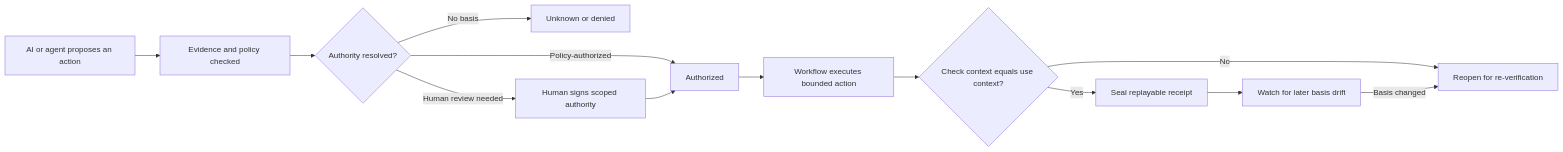
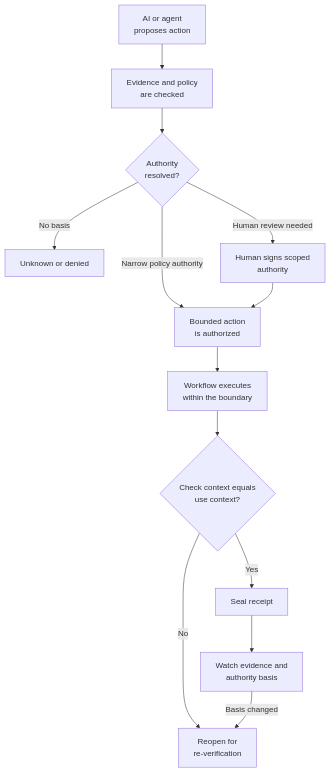
The first of 3 diagrams in docs/architecture.md (lumirosh/open-decision-receipt), drawn with Mermaid before and after one commit. The commit also changed other lines of this file and 19 other files, not shown here.

````diff
--- a/docs/architecture.md
+++ b/docs/architecture.md
@@ -7,15 +7,15 @@
 ```mermaid
-flowchart LR
-    A[AI or agent proposes an action] --> B[Evidence and policy checked]
-    B --> C{Authority resolved?}
+flowchart TB
+    A[AI or agent<br/>proposes action] --> B[Evidence and policy<br/>are checked]
+    B --> C{Authority<br/>resolved?}
     C -->|No basis| D[Unknown or denied]
-    C -->|Human review needed| E[Human signs scoped authority]
-    C -->|Policy-authorized| F[Authorized]
+    C -->|Human review needed| E[Human signs scoped<br/>authority]
+    C -->|Narrow policy authority| F[Bounded action<br/>is authorized]
     E --> F
-    F --> G[Workflow executes bounded action]
-    G --> H{Check context equals use context?}
-    H -->|Yes| I[Seal replayable receipt]
-    H -->|No| J[Reopen for re-verification]
-    I --> K[Watch for later basis drift]
+    F --> G[Workflow executes<br/>within the boundary]
+    G --> H{Check context equals<br/>use context?}
+    H -->|Yes| I[Seal receipt]
+    H -->|No| J[Reopen for<br/>re-verification]
+    I --> K[Watch evidence and<br/>authority basis]
     K -->|Basis changed| J
 ```
````
